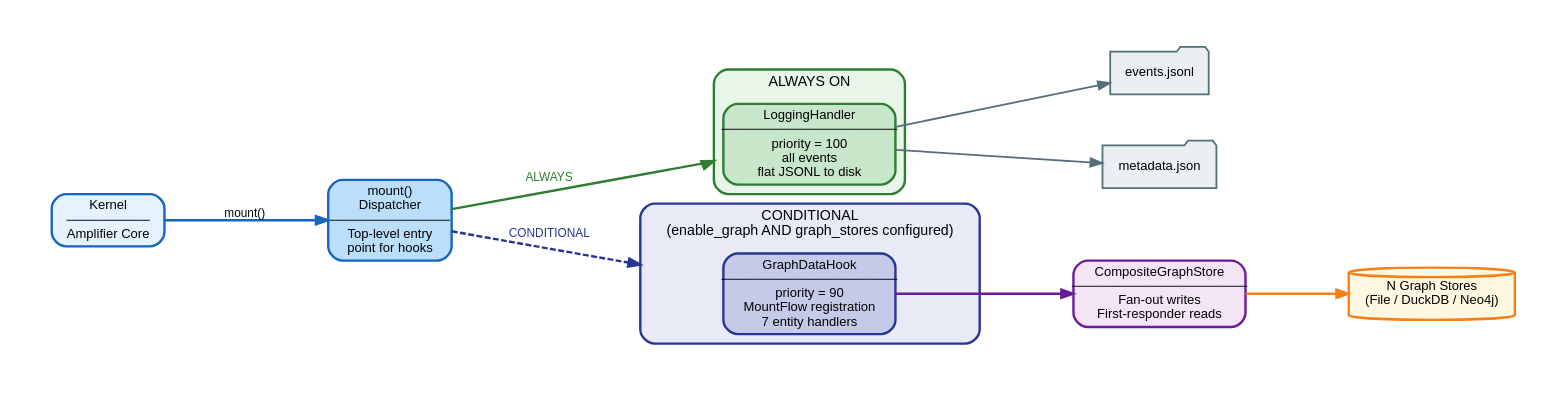
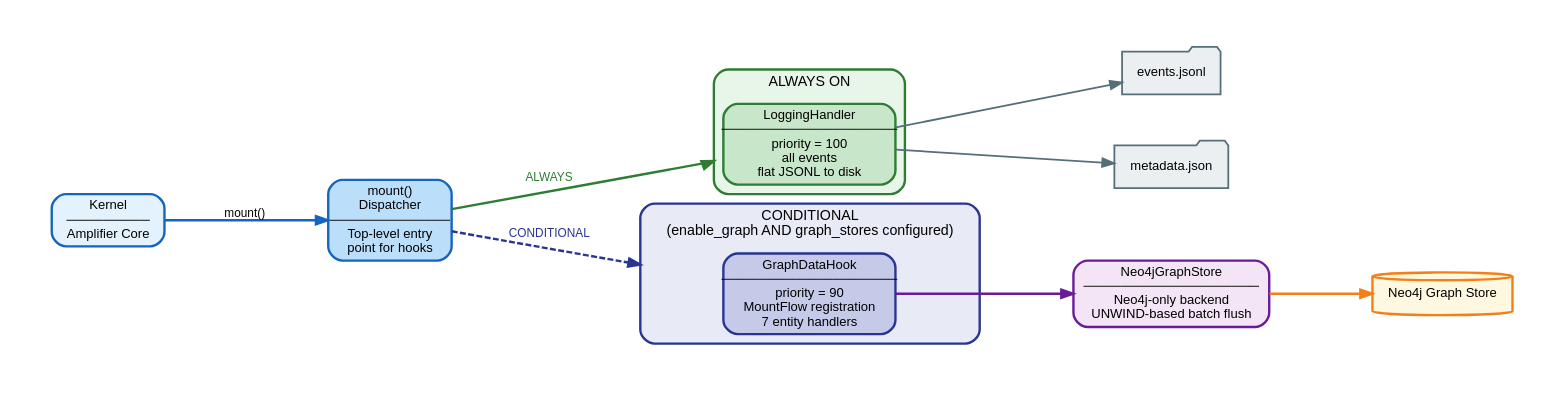
Before and after one commit to microsoft/amplifier-bundle-context-intelligence: the diagram in context/hook-composition-overview.dot, drawn with Graphviz. The commit also changed 80 other files, not shown here.

```diff
--- a/context/hook-composition-overview.dot
+++ b/context/hook-composition-overview.dot
@@ -1,160 +1,160 @@
 // Hook Composition Overview — Bird's Eye View
 // Context-Intelligence Bundle
 //
 // Left-to-right overview showing the Kernel → mount() Dispatcher → two paths:
 //   ALWAYS ON:   LoggingHandler (priority=100, all events, flat JSONL)
 //   CONDITIONAL:  GraphDataHook (MountFlow, 7 handlers, priority=90)
 //
 // Render: dot -Tsvg hook-composition-overview.dot -o hook-composition-overview.svg
 
 digraph HookCompositionOverview {
     rankdir=LR;
     fontname="Helvetica";
     fontsize=12;
     compound=true;
     nodesep=0.6;
     ranksep=1.2;
     pad=0.5;
 
     // ─── Global defaults ─────────────────────────────────────────────
     node [fontname="Helvetica", fontsize=11];
     edge [fontname="Helvetica", fontsize=10];
 
     // ─── Kernel ──────────────────────────────────────────────────────
     node [shape=box, style="rounded,filled", penwidth=2];
 
     Kernel [
         label="Kernel\n─────────\nAmplifier Core",
         fillcolor="#E3F2FD",
         color="#1565C0"
     ];
 
     // ─── Dispatcher ──────────────────────────────────────────────────
     Dispatcher [
         label="mount()\nDispatcher\n─────────────\nTop-level entry\npoint for hooks",
         fillcolor="#BBDEFB",
         color="#1565C0"
     ];
 
     // ─── ALWAYS ON cluster: LoggingHandler ───────────────────────────
     subgraph cluster_always_on {
         label="ALWAYS ON";
         labelloc=t;
         style="rounded,filled";
         fillcolor="#E8F5E9";
         color="#2E7D32";
         fontname="Helvetica";
         fontsize=12;
         penwidth=2;
 
         LoggingHandler [
             label="LoggingHandler\n───────────────────\npriority = 100\nall events\nflat JSONL to disk",
             shape=box,
             style="rounded,filled",
             fillcolor="#C8E6C9",
             color="#2E7D32",
             penwidth=2
         ];
     }
 
     // ─── Logging output ──────────────────────────────────────────────
     node [shape=folder, style=filled, penwidth=1.5];
 
     events_jsonl [
         label="events.jsonl",
         fillcolor="#ECEFF1",
         color="#546E7A"
     ];
 
     metadata_json [
         label="metadata.json",
         fillcolor="#ECEFF1",
         color="#546E7A"
     ];
 
     // ─── CONDITIONAL cluster: GraphDataHook ──────────────────────────
     subgraph cluster_conditional {
         label="CONDITIONAL\n(enable_graph AND graph_stores configured)";
         labelloc=t;
         style="rounded,filled";
         fillcolor="#E8EAF6";
         color="#283593";
         fontname="Helvetica";
         fontsize=12;
         penwidth=2;
 
         GraphDataHook [
             label="GraphDataHook\n───────────────────\npriority = 90\nMountFlow registration\n7 entity handlers",
             shape=box,
             style="rounded,filled",
             fillcolor="#C5CAE9",
             color="#283593",
             penwidth=2
         ];
     }
 
-    // ─── CompositeGraphStore ─────────────────────────────────────────
+    // ─── Neo4jGraphStore ────────────────────────────────────────────
     node [shape=box, style="rounded,filled", penwidth=2];
 
-    CompositeGraphStore [
-        label="CompositeGraphStore\n───────────────────\nFan-out writes\nFirst-responder reads",
+    Neo4jGraphStore [
+        label="Neo4jGraphStore\n───────────────────\nNeo4j-only backend\nUNWIND-based batch flush",
         fillcolor="#F3E5F5",
         color="#6A1B9A"
     ];
 
-    // ─── N Graph Stores ──────────────────────────────────────────────
+    // ─── Graph Store ─────────────────────────────────────────────────
     node [shape=cylinder, style=filled, penwidth=2];
 
     graph_stores [
-        label="N Graph Stores\n(File / DuckDB / Neo4j)",
+        label="Neo4j Graph Store",
         fillcolor="#FFF8E1",
         color="#F57F17"
     ];
 
     // ═══════════════════════════════════════════════════════════════════
     // ─── Edges ────────────────────────────────────────────────────────
     // ═══════════════════════════════════════════════════════════════════
 
     Kernel -> Dispatcher [
         label="  mount()  ",
         color="#1565C0",
         penwidth=2
     ];
 
     Dispatcher -> LoggingHandler [
         label="  ALWAYS  ",
         color="#2E7D32",
         fontcolor="#2E7D32",
         penwidth=2,
         lhead=cluster_always_on
     ];
 
     Dispatcher -> GraphDataHook [
         label="  CONDITIONAL  ",
         color="#283593",
         fontcolor="#283593",
         penwidth=2,
         style=dashed,
         lhead=cluster_conditional
     ];
 
     LoggingHandler -> events_jsonl [
         color="#546E7A",
         penwidth=1.5
     ];
 
     LoggingHandler -> metadata_json [
         color="#546E7A",
         penwidth=1.5
     ];
 
-    GraphDataHook -> CompositeGraphStore [
+    GraphDataHook -> Neo4jGraphStore [
         color="#6A1B9A",
         penwidth=2
     ];
 
-    CompositeGraphStore -> graph_stores [
+    Neo4jGraphStore -> graph_stores [
         color="#F57F17",
         penwidth=2
     ];
 }
```
